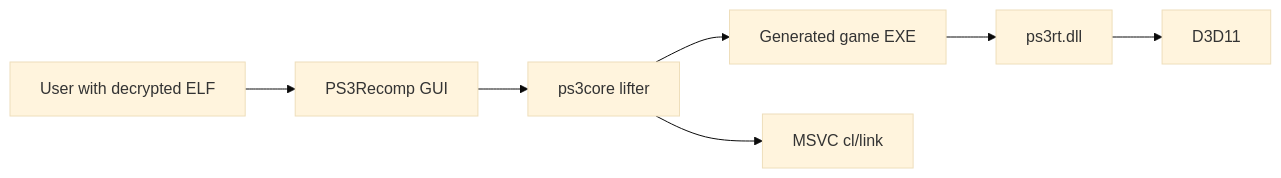
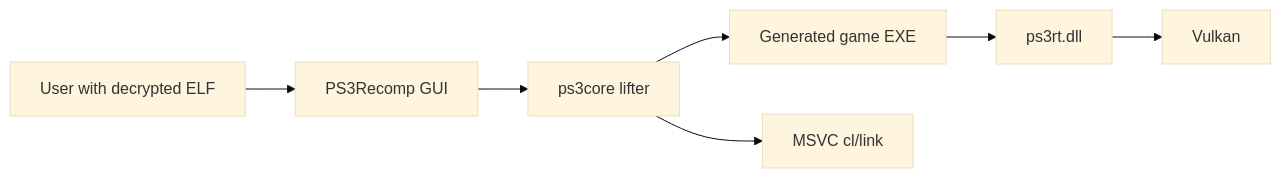
One commit to NotY215/PPSX33 changed the first of 9 diagrams in docs/ARCHITECTURE.md. Above: the diagram before and after it, drawn with Mermaid (base theme). The commit also changed other lines of this file and 25 other files, not shown here.

````diff
--- a/docs/ARCHITECTURE.md
+++ b/docs/ARCHITECTURE.md
@@ -11,9 +11,9 @@
 ```mermaid
 flowchart LR
   User[User with decrypted ELF] --> GUI[PS3Recomp GUI]
   GUI --> Core[ps3core lifter]
   Core --> Game[Generated game EXE]
   Game --> RT[ps3rt.dll]
-  RT --> D3D[D3D11]
+  RT --> Vulkan[Vulkan]
   Core --> MSVC[MSVC cl/link]
 ```
````
